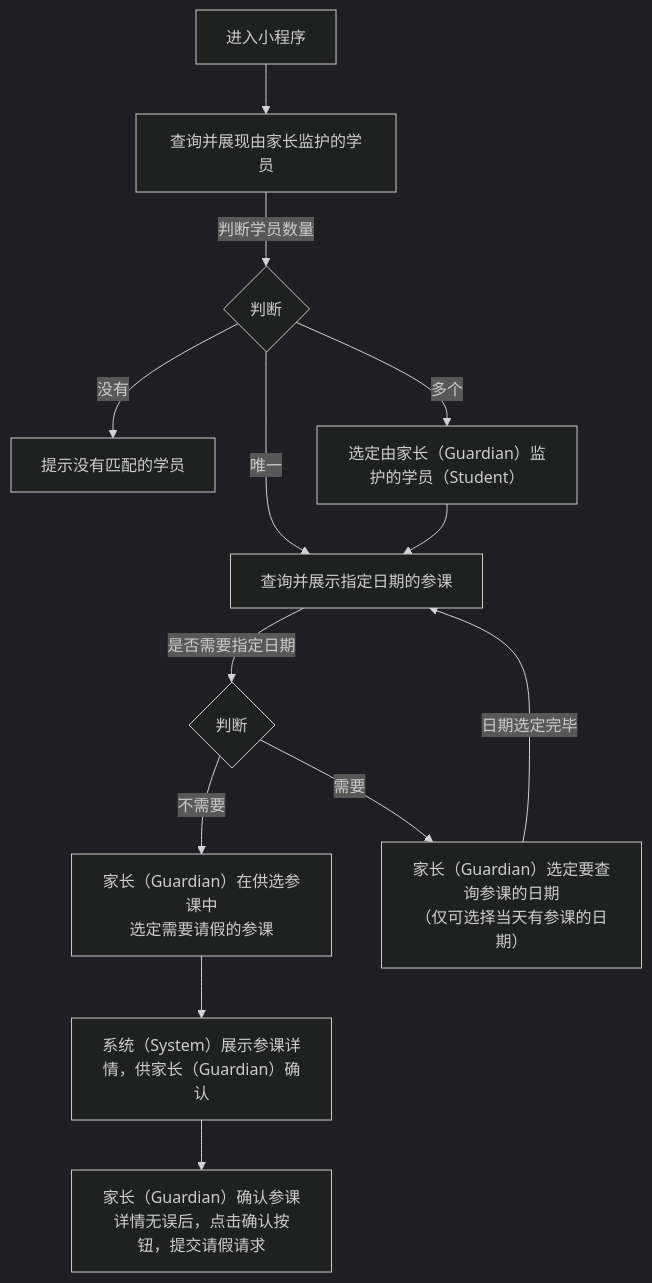
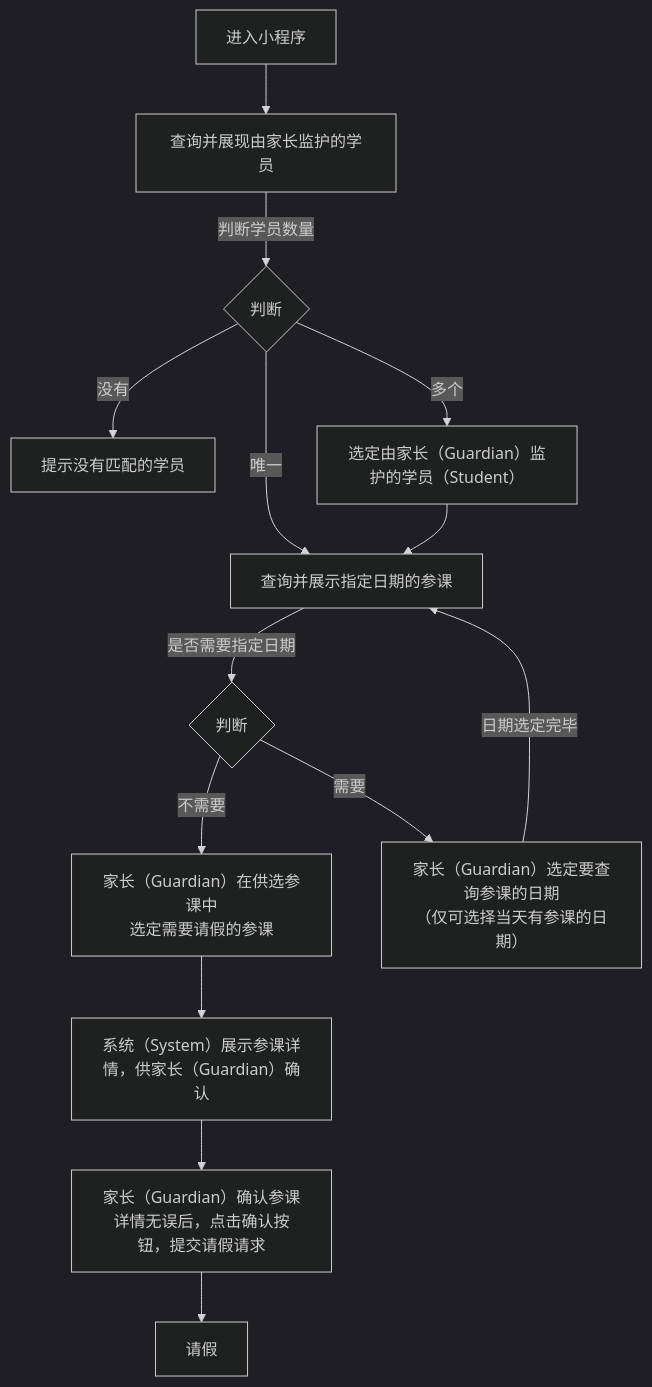
The diagram in 用例/请假.md (world-wide-web/sign), drawn with Mermaid (dark theme) before and after one commit. The commit also changed other lines of this file, not shown here.

````diff
--- a/用例/请假.md
+++ b/用例/请假.md
@@ -7,44 +7,46 @@
 ```mermaid
 graph TD
 
 进入小程序-->查询并展现由家长监护的学员
 
 查询并展现由家长监护的学员--判断学员数量-->判断学员数量
 
 判断学员数量--没有-->提示没有匹配的学员
 
 判断学员数量--唯一-->查询并展示指定日期的参课
 
 判断学员数量--多个-->选定学员
 
 选定学员-->查询并展示指定日期的参课
 
 查询并展示指定日期的参课--是否需要指定日期-->决定是否需要指定日期
 
 决定是否需要指定日期--不需要-->选定参课
 
 决定是否需要指定日期--需要-->选定日期
 
 选定日期--日期选定完毕-->查询并展示指定日期的参课
 
 选定参课-->展示参课详情
 
-展示参课详情-->提交请教请求
+展示参课详情-->提交请假请求
+
+提交请假请求-->请假
 
 判断学员数量{"<center>判断</center>"}
 
 选定学员["<center>选定由家长（Guardian）监护的学员（Student）</center>"]
 
 决定是否需要指定日期{"<center>判断</center>"}
 
 选定日期["<center>家长（Guardian）选定要查询参课的日期<br>（仅可选择当天有参课的日期）</center>"]
 
 选定参课["<center>家长（Guardian）在供选参课中<br>选定需要请假的参课</center>"]
 
 展示参课详情["<center>系统（System）展示参课详情，供家长（Guardian）确认</center>"]
 
-提交请教请求["<center>家长（Guardian）确认参课详情无误后，点击确认按钮，提交请假请求</center>"]
+提交请假请求["<center>家长（Guardian）确认参课详情无误后，点击确认按钮，提交请假请求</center>"]
 
 
 
 ```
````
